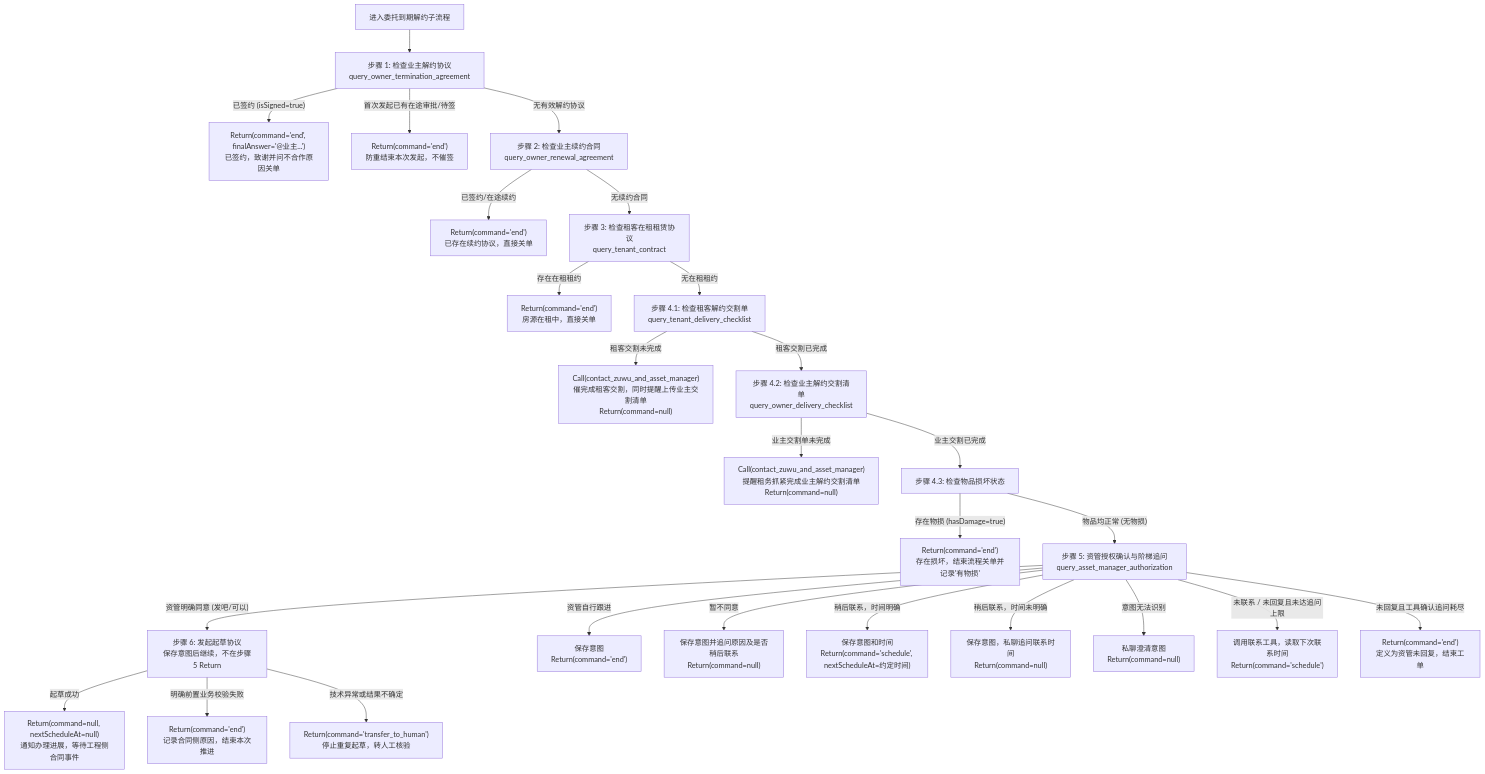
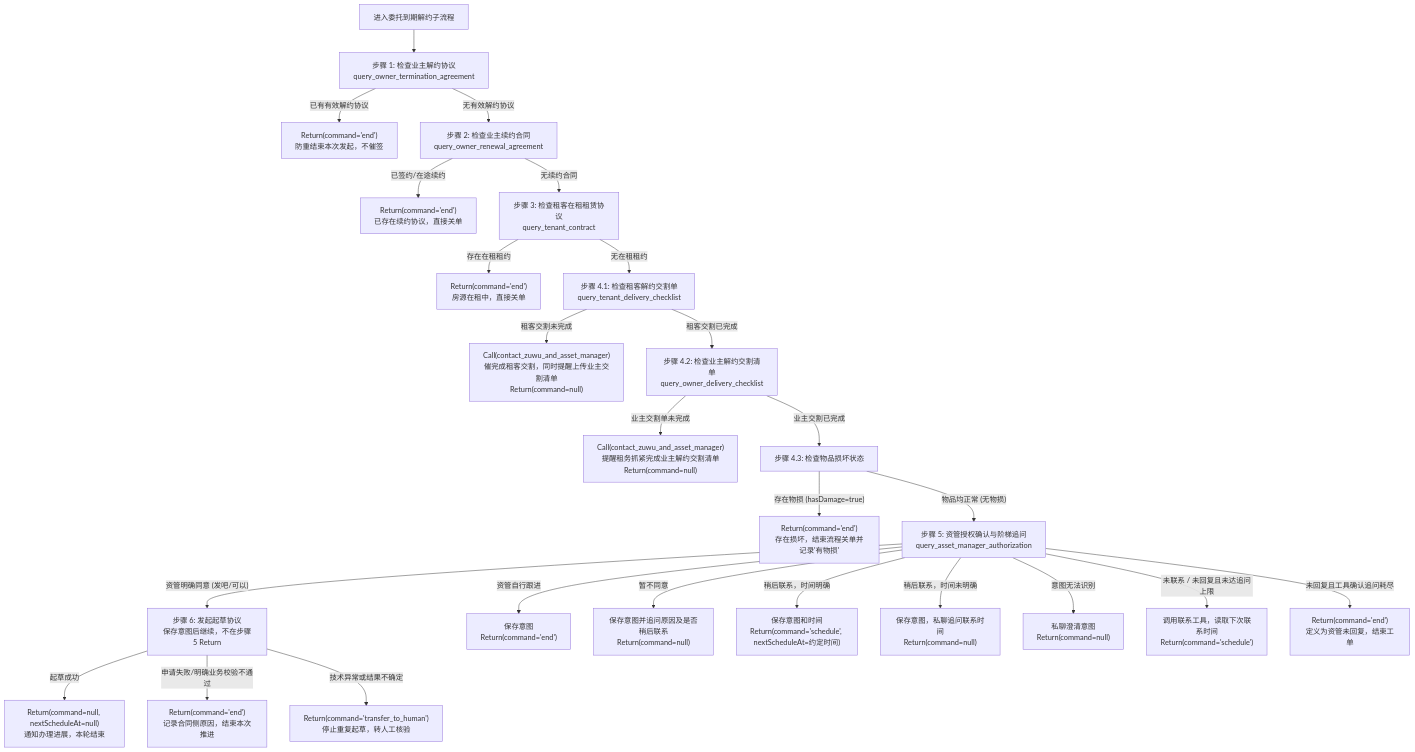
Before and after one commit to edisonLzy/sss-agent: the diagram in skill/references/entrusted-termination.md, drawn with Mermaid. The commit also changed other lines of this file and 5 other files, not shown here.

````diff
--- a/skill/references/entrusted-termination.md
+++ b/skill/references/entrusted-termination.md
@@ -35,37 +34,36 @@
 ```mermaid
 flowchart TD
     Start["进入委托到期解约子流程"] --> Step1["步骤 1: 检查业主解约协议<br/>query_owner_termination_agreement"]
     
-    Step1 -->|"已签约 (isSigned=true)"| EndSigned["Return(command='end', finalAnswer='@业主...')<br/>已签约，致谢并问不合作原因关单"]
-    Step1 -->|"首次发起已有在途审批/待签"| EndDrafting["Return(command='end')<br/>防重结束本次发起，不催签"]
+    Step1 -->|"已有有效解约协议"| EndDrafting["Return(command='end')<br/>防重结束本次发起，不催签"]
     Step1 -->|"无有效解约协议"| Step2["步骤 2: 检查业主续约合同<br/>query_owner_renewal_agreement"]
     
     Step2 -->|"已签约/在途续约"| EndRenewal["Return(command='end')<br/>已存在续约协议，直接关单"]
     Step2 -->|"无续约合同"| Step3["步骤 3: 检查租客在租租赁协议<br/>query_tenant_contract"]
     
     Step3 -->|"存在在租租约"| EndTenant["Return(command='end')<br/>房源在租中，直接关单"]
     Step3 -->|"无在租租约"| Step4_1["步骤 4.1: 检查租客解约交割单<br/>query_tenant_delivery_checklist"]
     
     Step4_1 -->|"租客交割未完成"| RemindTenantDelivery["Call(contact_zuwu_and_asset_manager)<br/>催完成租客交割，同时提醒上传业主交割清单<br/>Return(command=null)"]
     Step4_1 -->|"租客交割已完成"| Step4_2["步骤 4.2: 检查业主解约交割清单<br/>query_owner_delivery_checklist"]
     
     Step4_2 -->|"业主交割单未完成"| RemindOwnerDelivery["Call(contact_zuwu_and_asset_manager)<br/>提醒租务抓紧完成业主解约交割清单<br/>Return(command=null)"]
     Step4_2 -->|"业主交割已完成"| Step4_3["步骤 4.3: 检查物品损坏状态"]
     
     Step4_3 -->|"存在物损 (hasDamage=true)"| EndDamage["Return(command='end')<br/>存在损坏，结束流程关单并记录'有物损'"]
     Step4_3 -->|"物品均正常 (无物损)"| Step5["步骤 5: 资管授权确认与阶梯追问<br/>query_asset_manager_authorization"]
     
     Step5 -->|"资管明确同意 (发吧/可以)"| Step6["步骤 6: 发起起草协议<br/>保存意图后继续，不在步骤5 Return"]
     Step5 -->|"资管自行跟进"| EndAMFollow["保存意图<br/>Return(command='end')"]
     Step5 -->|"暂不同意"| AMRefuse["保存意图并追问原因及是否稍后联系<br/>Return(command=null)"]
     Step5 -->|"稍后联系，时间明确"| LaterSchedule["保存意图和时间<br/>Return(command='schedule', nextScheduleAt=约定时间)"]
     Step5 -->|"稍后联系，时间未明确"| AskTime["保存意图，私聊追问联系时间<br/>Return(command=null)"]
     Step5 -->|"意图无法识别"| Clarify["私聊澄清意图<br/>Return(command=null)"]
     Step5 -->|"未联系 / 未回复且未达追问上限"| AMSchedule["调用联系工具，读取下次联系时间<br/>Return(command='schedule')"]
     Step5 -->|"未回复且工具确认追问耗尽"| AMTimeout["Return(command='end')<br/>定义为资管未回复，结束工单"]
     
-    Step6 -->|"起草成功"| DraftSuccess["Return(command=null, nextScheduleAt=null)<br/>通知办理进展，等待工程侧合同事件"]
-    Step6 -->|"明确前置业务校验失败"| DraftBlocked["Return(command='end')<br/>记录合同侧原因，结束本次推进"]
+    Step6 -->|"起草成功"| DraftSuccess["Return(command=null, nextScheduleAt=null)<br/>通知办理进展，本轮结束"]
+    Step6 -->|"申请失败/明确业务校验不通过"| DraftBlocked["Return(command='end')<br/>记录合同侧原因，结束本次推进"]
     Step6 -->|"技术异常或结果不确定"| DraftError["Return(command='transfer_to_human')<br/>停止重复起草，转人工核验"]
 
 ```
````
